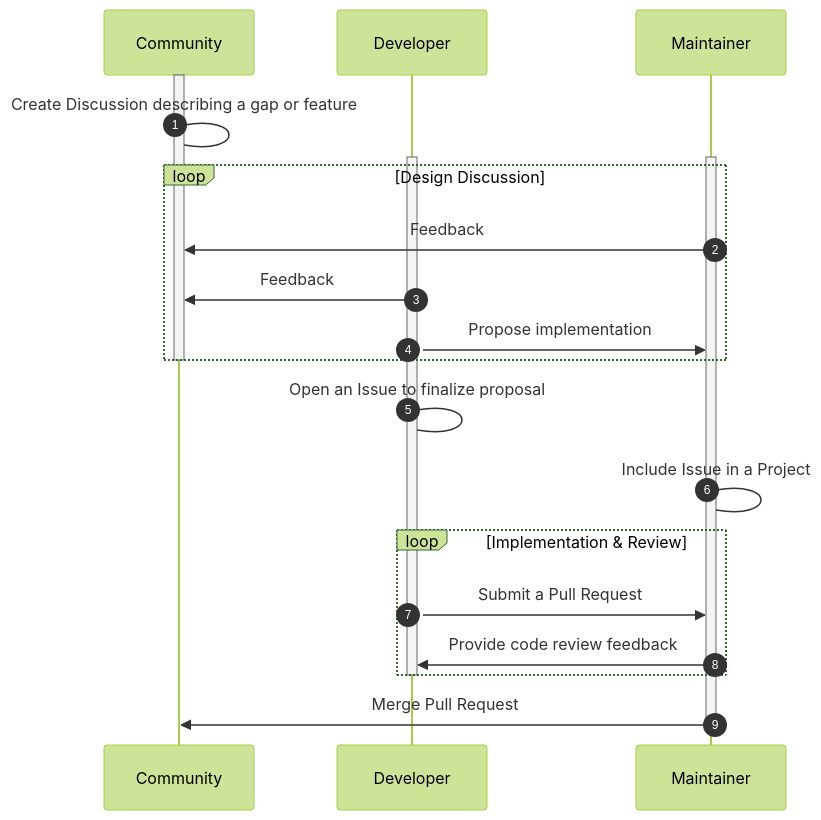
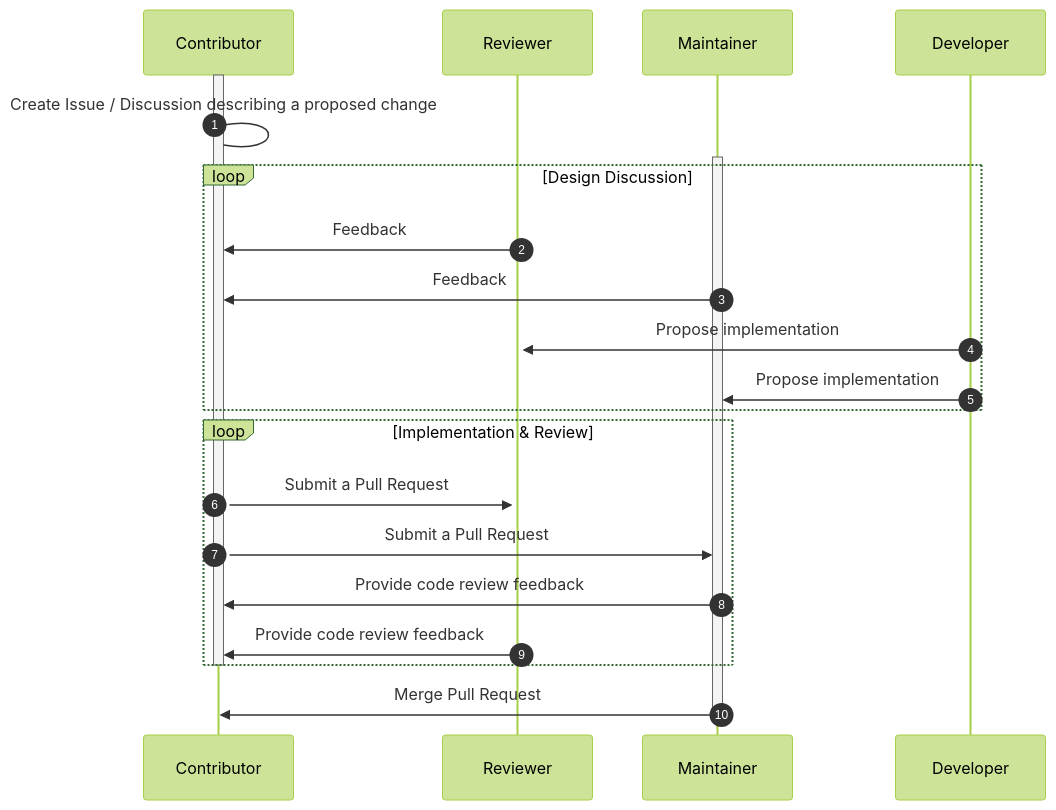
Before and after one commit to IEAWindTask37/windIO: the diagram in CONTRIBUTING.md, drawn with Mermaid (forest theme). The commit also changed other lines of this file and 1 other file, not shown here.

Commit message:
Add process flow diagram

````diff
--- a/CONTRIBUTING.md
+++ b/CONTRIBUTING.md
@@ -70,33 +98,32 @@
 ```mermaid
 sequenceDiagram
     autonumber
 
-    participant Community
-    participant Developer
+    participant Contributor
+    participant Reviewer
     participant Maintainer
 
-    activate Community
+    activate Contributor
 
-    Community -> Community: Create Discussion describing a gap or feature
+    Contributor -> Contributor: Create Issue / Discussion describing a proposed change
 
-    activate Developer
+    activate Reviewer
     activate Maintainer
     loop Design Discussion
-        Maintainer->>Community: Feedback
-        Developer->>Community: Feedback
+        Reviewer->>Contributor: Feedback
+        Maintainer->>Contributor: Feedback
+        Developer->>Reviewer: Propose implementation
         Developer->>Maintainer: Propose implementation
     end
-    deactivate Community
-
-    Developer->Developer: Open an Issue to finalize proposal
-    Maintainer->Maintainer: Include Issue in a Project
 
     loop Implementation & Review
-        Developer->>Maintainer: Submit a Pull Request
-        Maintainer->>Developer: Provide code review feedback
+        Contributor->>Reviewer: Submit a Pull Request
+        Contributor->>Maintainer: Submit a Pull Request
+        Maintainer->>Contributor: Provide code review feedback
+        Reviewer->>Contributor: Provide code review feedback
     end
-    deactivate Developer
+    deactivate Contributor
 
-    Maintainer->>Community: Merge Pull Request
+    Maintainer->>Contributor: Merge Pull Request
     deactivate Maintainer
 ```
````
